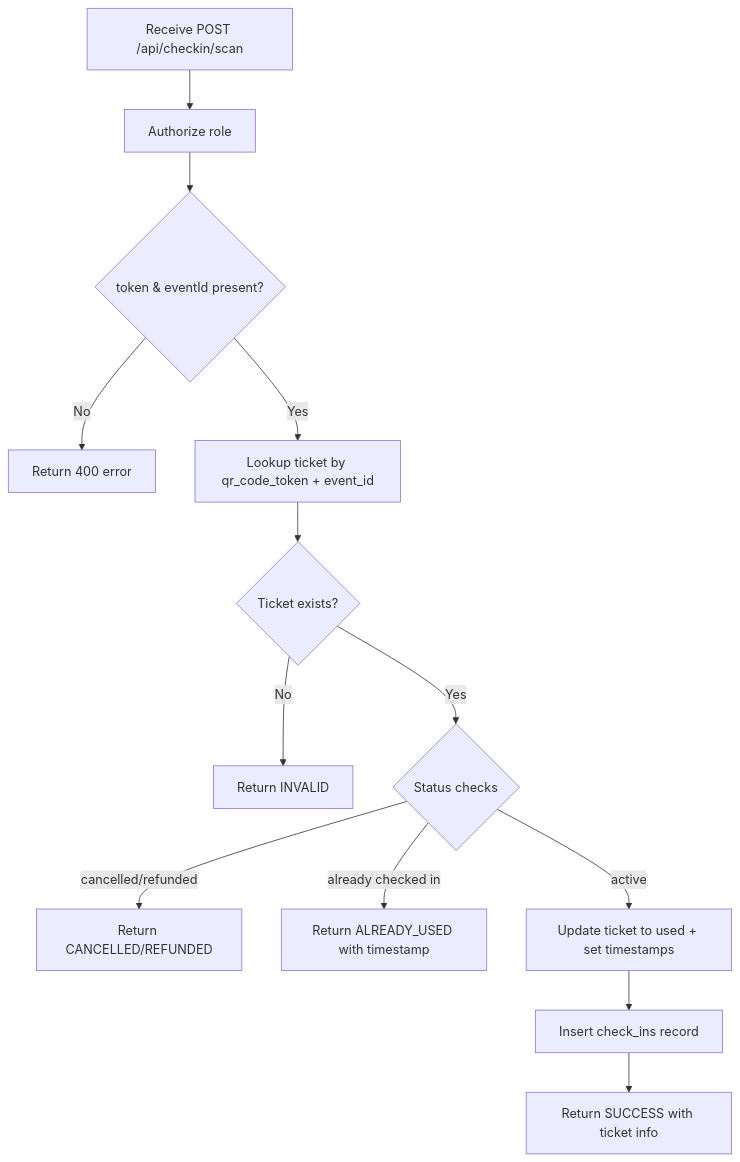
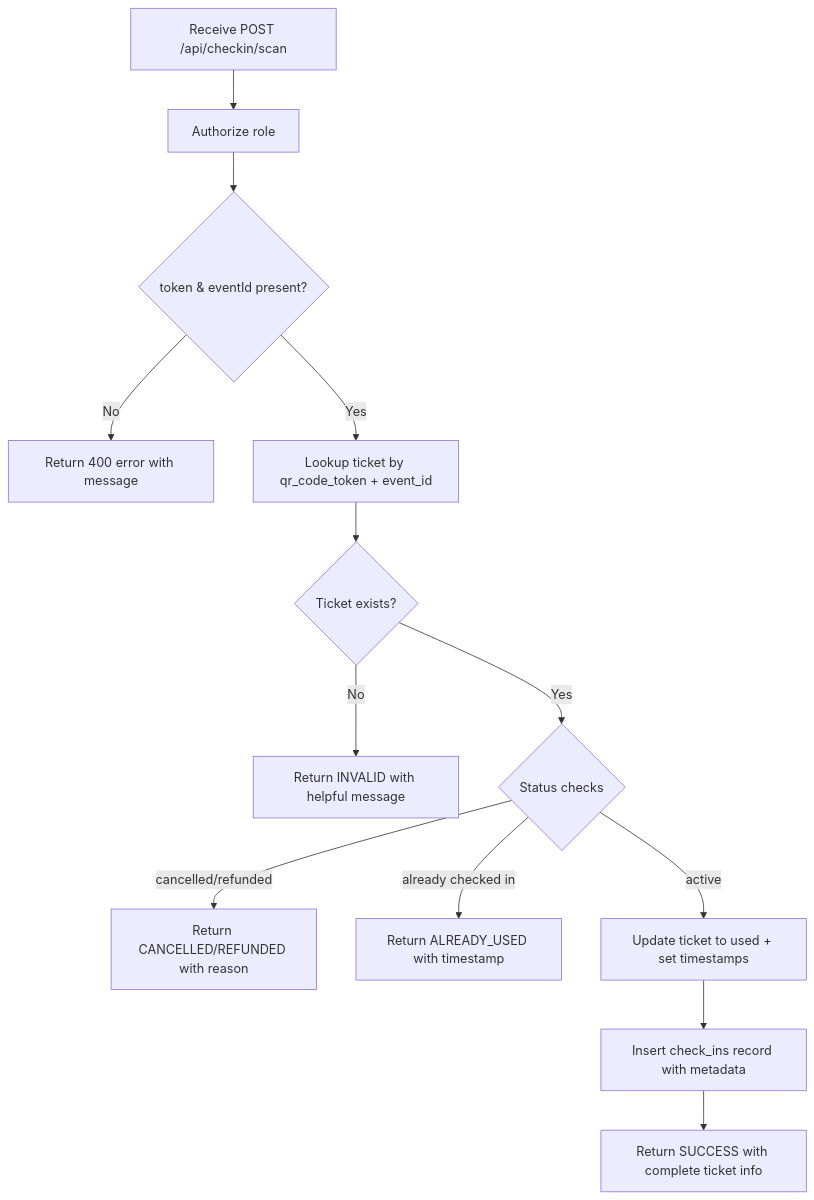
The fourth of 5 diagrams in .qoder/repowiki/en/content/Gate Check-in System/Gate Check-in System.md (ObeyMuchechesi/TicketFlow), drawn with Mermaid before and after one commit. The commit also changed other lines of this file and 12 other files, not shown here.

First line of the commit message:
docs: EcoCash schema columns and project documentation refresh

````diff
--- a/.qoder/repowiki/en/content/Gate Check-in System/Gate Check-in System.md
+++ b/.qoder/repowiki/en/content/Gate Check-in System/Gate Check-in System.md
@@ -192,15 +217,15 @@
 ```mermaid
 flowchart TD
 A["Receive POST /api/checkin/scan"] --> B["Authorize role"]
 B --> C{"token & eventId present?"}
-C --> |No| E["Return 400 error"]
+C --> |No| E["Return 400 error with message"]
 C --> |Yes| D["Lookup ticket by qr_code_token + event_id"]
 D --> F{"Ticket exists?"}
-F --> |No| G["Return INVALID"]
+F --> |No| G["Return INVALID with helpful message"]
 F --> |Yes| H{"Status checks"}
-H --> |cancelled/refunded| I["Return CANCELLED/REFUNDED"]
+H --> |cancelled/refunded| I["Return CANCELLED/REFUNDED with reason"]
 H --> |already checked in| J["Return ALREADY_USED with timestamp"]
 H --> |active| K["Update ticket to used + set timestamps"]
-K --> L["Insert check_ins record"]
-L --> M["Return SUCCESS with ticket info"]
+K --> L["Insert check_ins record with metadata"]
+L --> M["Return SUCCESS with complete ticket info"]
 ```
````
